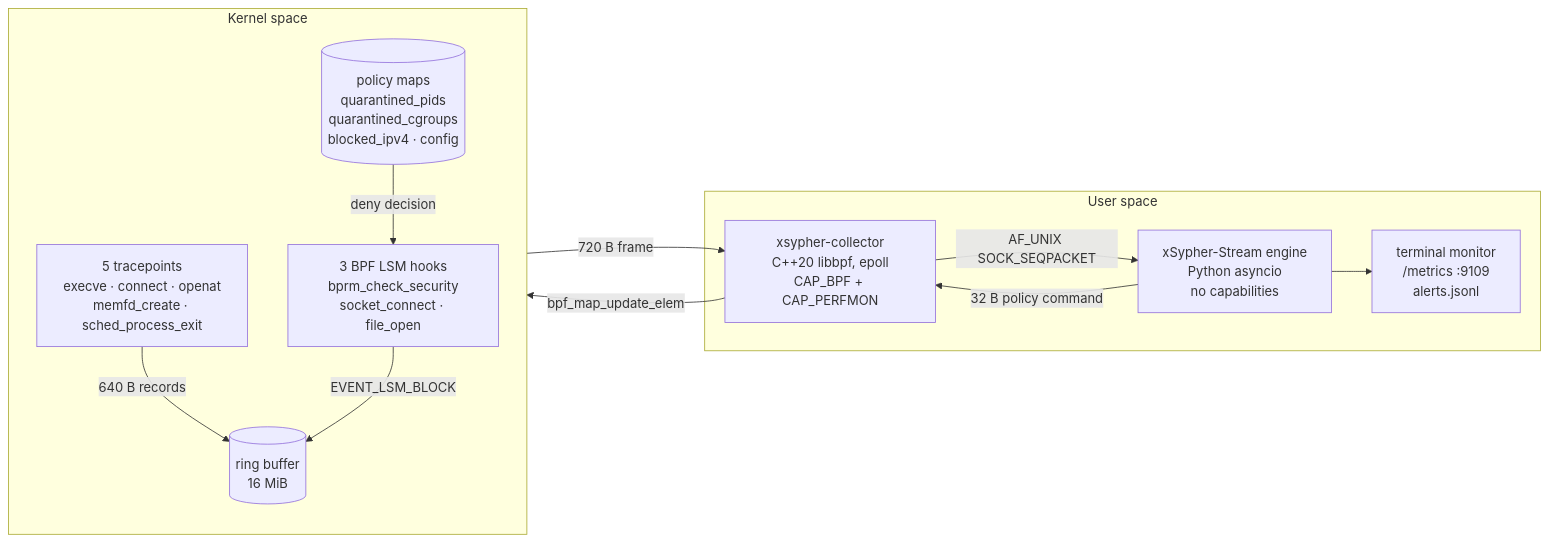
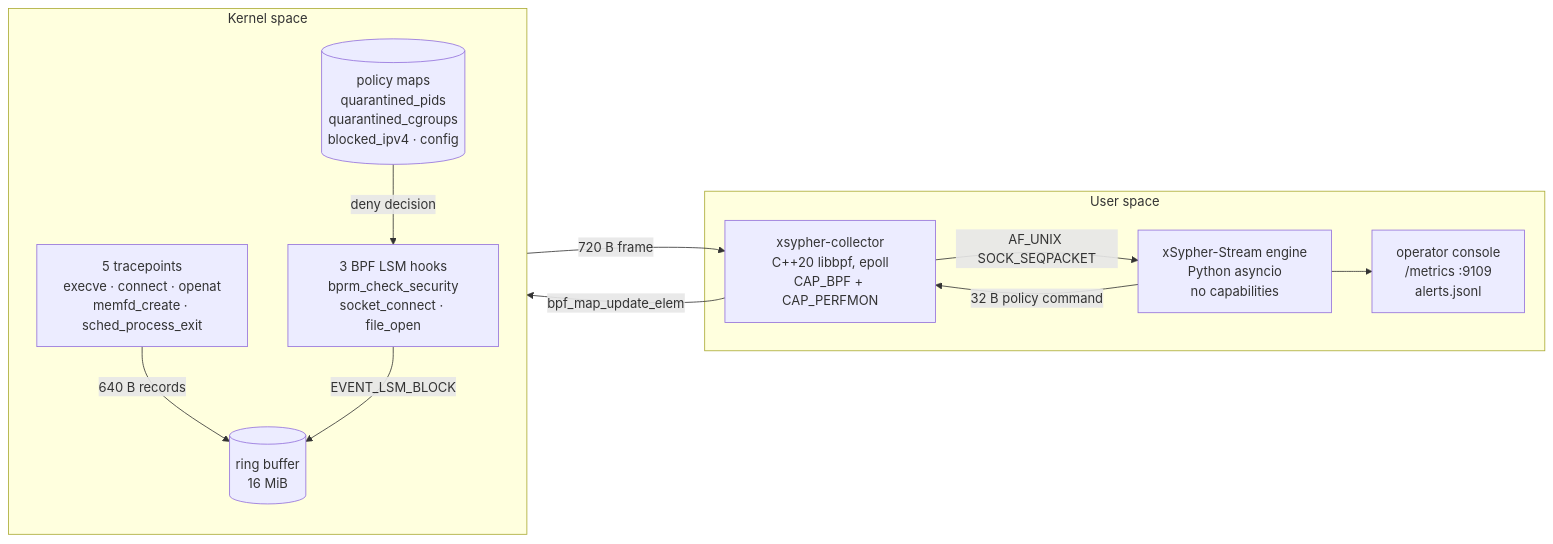
The diagram in README.md (anwariqbaldawar/Zero-Trust-Kernel-Log-Streamer), drawn with Mermaid before and after one commit. The commit also changed other lines of this file and 5 other files, not shown here.

````diff
--- a/README.md
+++ b/README.md
@@ -292,23 +147,23 @@
 ```mermaid
 flowchart LR
     subgraph K["Kernel space"]
         direction TB
         TP["5 tracepoints<br/>execve · connect · openat<br/>memfd_create · sched_process_exit"]
         RB[("ring buffer<br/>16 MiB")]
         LSM["3 BPF LSM hooks<br/>bprm_check_security<br/>socket_connect · file_open"]
         MAPS[("policy maps<br/>quarantined_pids<br/>quarantined_cgroups<br/>blocked_ipv4 · config")]
         TP -->|"640 B records"| RB
         LSM -->|"EVENT_LSM_BLOCK"| RB
         MAPS -->|"deny decision"| LSM
     end
     subgraph U["User space"]
         COL["xsypher-collector<br/>C++20 libbpf, epoll<br/>CAP_BPF + CAP_PERFMON"]
         ENG["xSypher-Stream engine<br/>Python asyncio<br/>no capabilities"]
-        OUT["terminal monitor<br/>/metrics :9109<br/>alerts.jsonl"]
+        OUT["operator console<br/>/metrics :9109<br/>alerts.jsonl"]
     end
     RB -->|"720 B frame"| COL
     COL -->|"AF_UNIX SOCK_SEQPACKET"| ENG
     ENG -->|"32 B policy command"| COL
     COL -->|"bpf_map_update_elem"| MAPS
     ENG --> OUT
 ```
````
